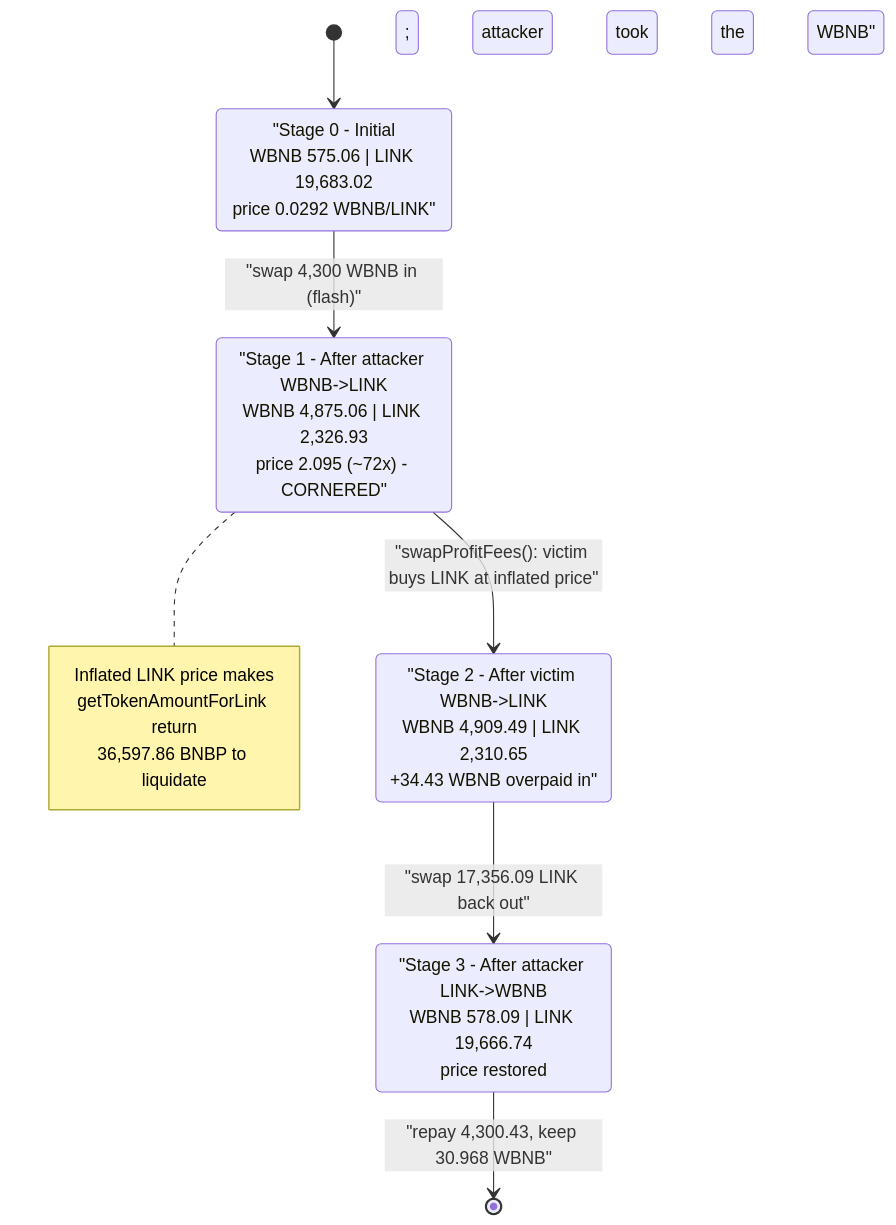
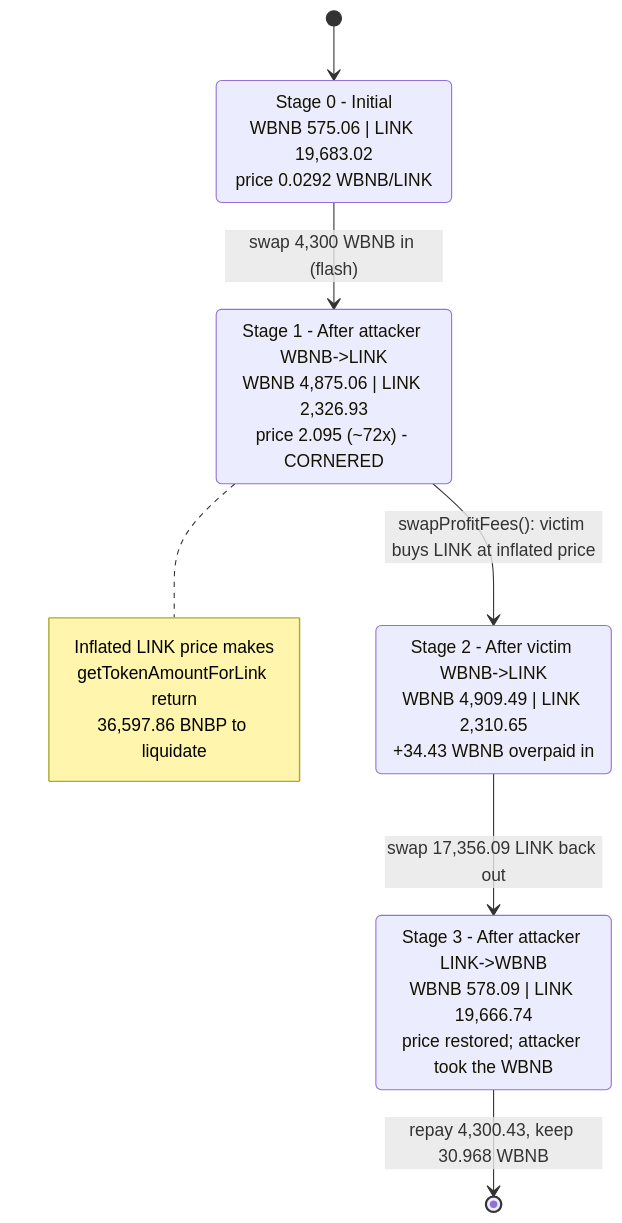
One commit to sanbir/evm-hack-registry changed the second of 3 diagrams in 2025-01-JPulsepot_exp/JPulsepot_exp.md. Above: the diagram before and after it, drawn with Mermaid. The commit also changed 280 other files, not shown here.

Commit message:
mermaid fixes

````diff
--- a/2025-01-JPulsepot_exp/JPulsepot_exp.md
+++ b/2025-01-JPulsepot_exp/JPulsepot_exp.md
@@ -314,18 +314,18 @@
 ```mermaid
 stateDiagram-v2
     [*] --> S0
-    S0: "Stage 0 - Initial<br/>WBNB 575.06 | LINK 19,683.02<br/>price 0.0292 WBNB/LINK"
-    S1: "Stage 1 - After attacker WBNB->LINK<br/>WBNB 4,875.06 | LINK 2,326.93<br/>price 2.095 (~72x) - CORNERED"
-    S2: "Stage 2 - After victim WBNB->LINK<br/>WBNB 4,909.49 | LINK 2,310.65<br/>+34.43 WBNB overpaid in"
-    S3: "Stage 3 - After attacker LINK->WBNB<br/>WBNB 578.09 | LINK 19,666.74<br/>price restored; attacker took the WBNB"
-    S0 --> S1: "swap 4,300 WBNB in (flash)"
-    S1 --> S2: "swapProfitFees(): victim buys LINK at inflated price"
-    S2 --> S3: "swap 17,356.09 LINK back out"
-    S3 --> [*]: "repay 4,300.43, keep 30.968 WBNB"
+    S0: Stage 0 - Initial<br/>WBNB 575.06 | LINK 19,683.02<br/>price 0.0292 WBNB/LINK
+    S1: Stage 1 - After attacker WBNB->LINK<br/>WBNB 4,875.06 | LINK 2,326.93<br/>price 2.095 (~72x) - CORNERED
+    S2: Stage 2 - After victim WBNB->LINK<br/>WBNB 4,909.49 | LINK 2,310.65<br/>+34.43 WBNB overpaid in
+    S3: Stage 3 - After attacker LINK->WBNB<br/>WBNB 578.09 | LINK 19,666.74<br/>price restored#59; attacker took the WBNB
+    S0 --> S1: swap 4,300 WBNB in (flash)
+    S1 --> S2: swapProfitFees()#58; victim buys LINK at inflated price
+    S2 --> S3: swap 17,356.09 LINK back out
+    S3 --> [*]: repay 4,300.43, keep 30.968 WBNB
 
     note right of S1
         Inflated LINK price makes
         getTokenAmountForLink return
         36,597.86 BNBP to liquidate
     end note
 ```
````
